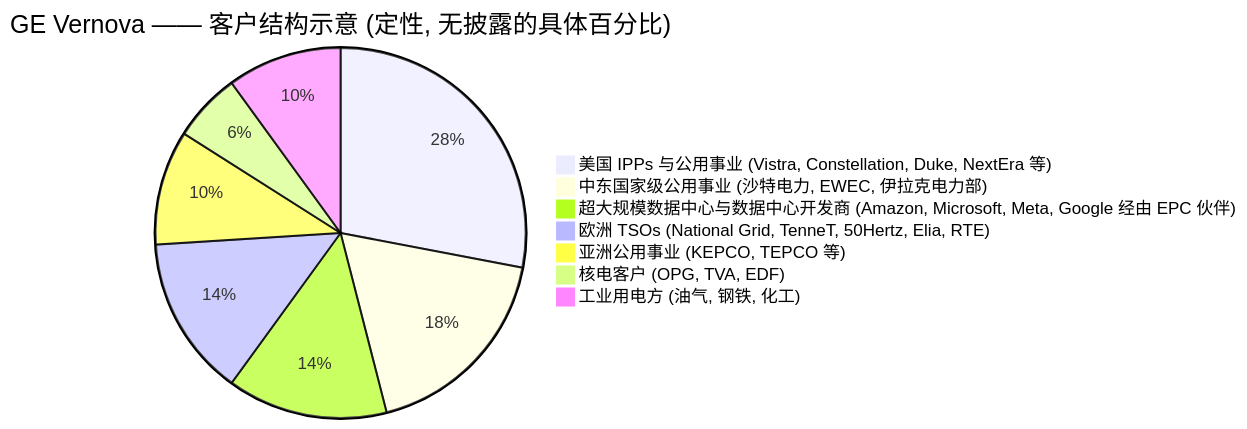
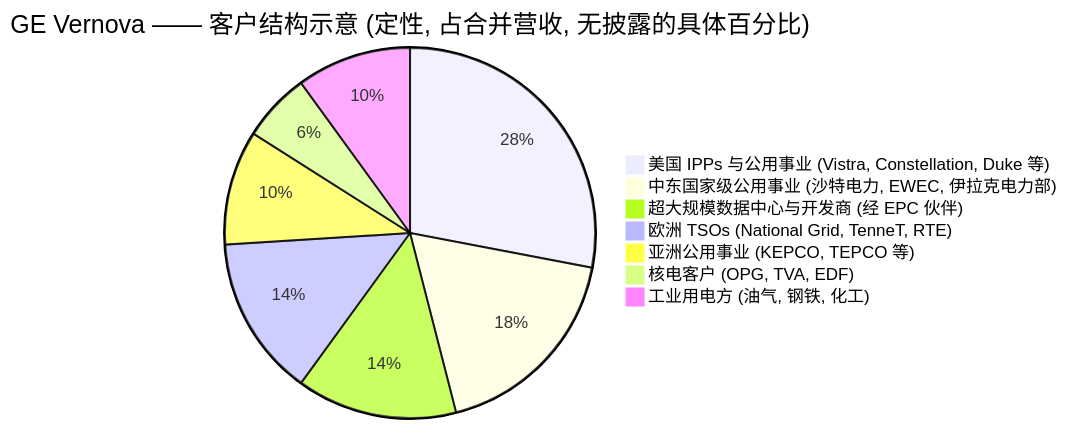
Before and after one commit to dadachundan/financial_agent: the third of 4 diagrams in reports/company/GEVernova_NYSE_GEV/GEVernova_NYSE_GEV_公司研究.md, drawn with Mermaid. The commit also changed other lines of this file and 9 other files, not shown here.

````diff
--- a/reports/company/GEVernova_NYSE_GEV/GEVernova_NYSE_GEV_公司研究.md
+++ b/reports/company/GEVernova_NYSE_GEV/GEVernova_NYSE_GEV_公司研究.md
@@ -212,10 +641,10 @@
 ```mermaid
-pie title GE Vernova —— 客户结构示意 (定性, 无披露的具体百分比)
-    "美国 IPPs 与公用事业 (Vistra, Constellation, Duke, NextEra 等)" : 28
+pie title GE Vernova —— 客户结构示意 (定性, 占合并营收, 无披露的具体百分比)
+    "美国 IPPs 与公用事业 (Vistra, Constellation, Duke 等)" : 28
     "中东国家级公用事业 (沙特电力, EWEC, 伊拉克电力部)" : 18
-    "超大规模数据中心与数据中心开发商 (Amazon, Microsoft, Meta, Google 经由 EPC 伙伴)" : 14
-    "欧洲 TSOs (National Grid, TenneT, 50Hertz, Elia, RTE)" : 14
+    "超大规模数据中心与开发商 (经 EPC 伙伴)" : 14
+    "欧洲 TSOs (National Grid, TenneT, RTE)" : 14
     "亚洲公用事业 (KEPCO, TEPCO 等)" : 10
     "核电客户 (OPG, TVA, EDF)" : 6
     "工业用电方 (油气, 钢铁, 化工)" : 10
 ```
````
